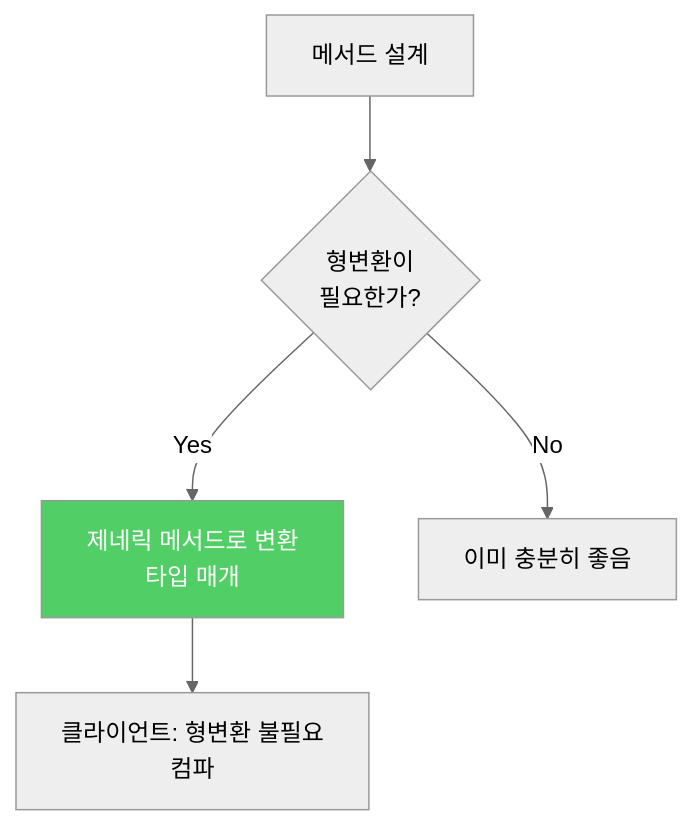
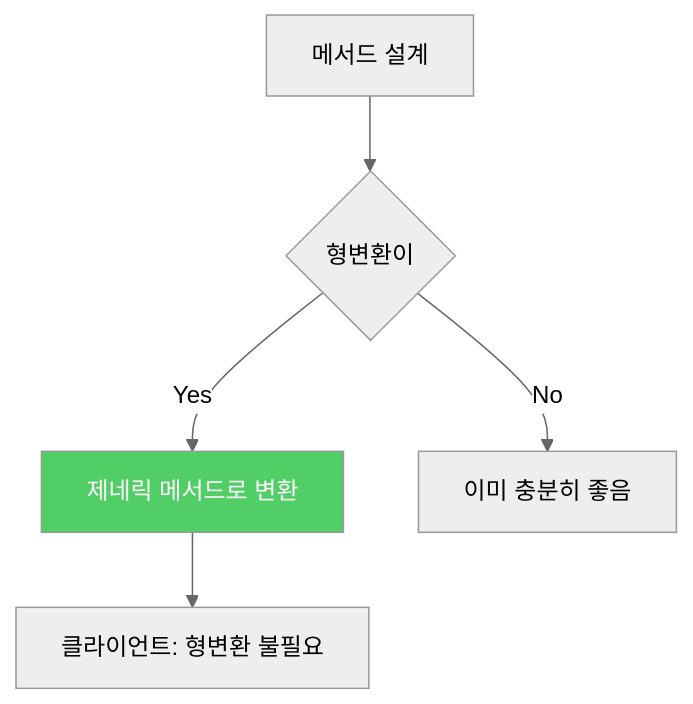
Before and after one commit to yjkim2015/yjkim2015.github.io: the second of 2 diagrams in _posts/java/2022-01-09-effective-java30.md, drawn with Mermaid (neutral theme). The commit also changed other lines of this file and 217 other files, not shown here.

First line of the commit message:
Mermaid 크기 수정: useMaxWidth:true + SVG max-width:100% + 라벨 축소

````diff
--- a/_posts/java/2022-01-09-effective-java30.md
+++ b/_posts/java/2022-01-09-effective-java30.md
@@ -112,8 +112,8 @@
 ```mermaid
 graph TD
-    A["메서드 설계"] --> B{"형변환이\n필요한가?"}
-    B -->|"Yes"| C["제네릭 메서드로 변환\n타입 매개"]
+    A["메서드 설계"] --> B{"형변환이"}
+    B -->|"Yes"| C["제네릭 메서드로 변환"]
     B -->|"No"| D["이미 충분히 좋음"]
-    C --> E["클라이언트: 형변환 불필요\n컴파"]
+    C --> E["클라이언트: 형변환 불필요"]
     style C fill:#51cf66,color:#fff
 ```
````
